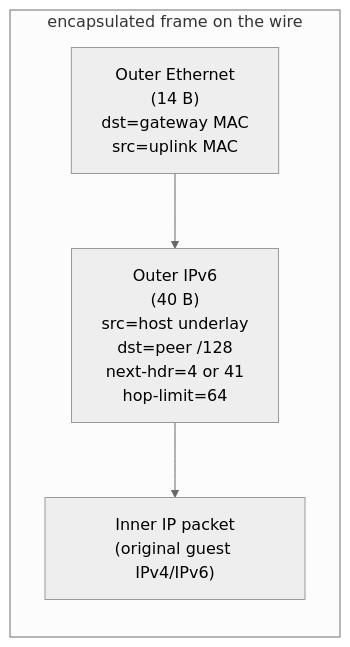
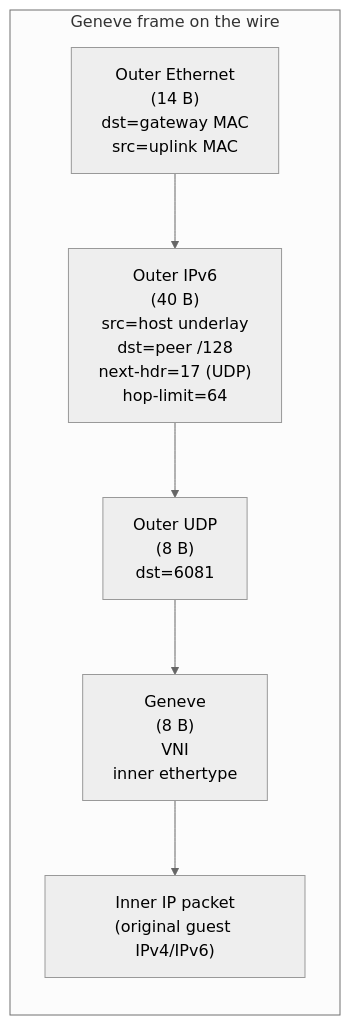
The diagram in docs/concepts/overlay.md (trevex/ectobase), drawn with Mermaid (neutral theme) before and after one commit. The commit also changed other lines of this file and 40 other files, not shown here.

````diff
--- a/docs/concepts/overlay.md
+++ b/docs/concepts/overlay.md
@@ -37,9 +37,11 @@
 ```mermaid
 flowchart LR
-    subgraph frame["encapsulated frame on the wire"]
+    subgraph frame["Geneve frame on the wire"]
         eth["Outer Ethernet<br/>(14 B)<br/>dst=gateway MAC<br/>src=uplink MAC"]
-        ip6["Outer IPv6<br/>(40 B)<br/>src=host underlay<br/>dst=peer /128<br/>next-hdr=4 or 41<br/>hop-limit=64"]
+        ip6["Outer IPv6<br/>(40 B)<br/>src=host underlay<br/>dst=peer /128<br/>next-hdr=17 (UDP)<br/>hop-limit=64"]
+        udp["Outer UDP<br/>(8 B)<br/>dst=6081"]
+        gnv["Geneve<br/>(8 B)<br/>VNI<br/>inner ethertype"]
         inner["Inner IP packet<br/>(original guest IPv4/IPv6)"]
     end
-    eth --> ip6 --> inner
+    eth --> ip6 --> udp --> gnv --> inner
 ```
````
